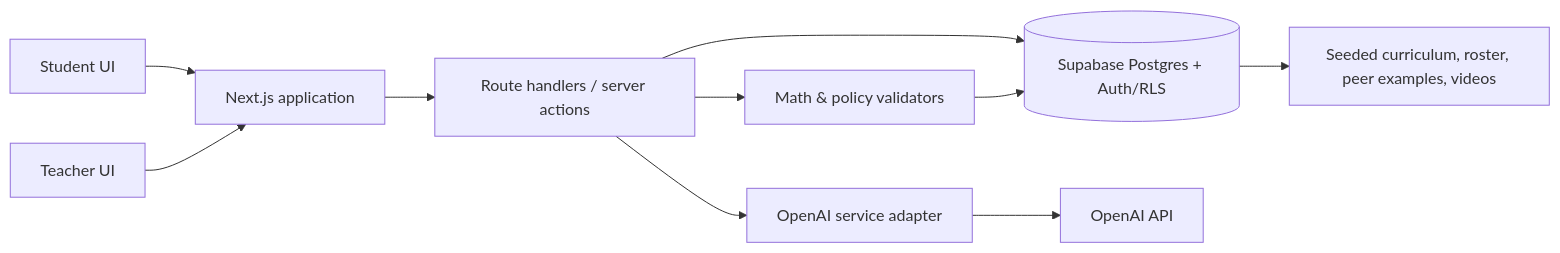
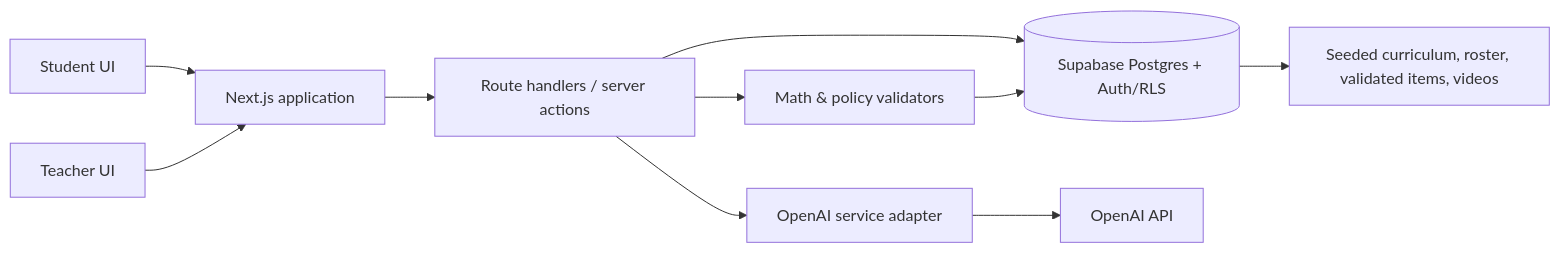
The first of 2 diagrams in architecture.md (Sravik-Sajja/rung), drawn with Mermaid before and after one commit. The commit also changed other lines of this file and 31 other files, not shown here.

````diff
--- a/architecture.md
+++ b/architecture.md
@@ -91,12 +91,12 @@
 ```mermaid
 flowchart LR
   S["Student UI"] --> N["Next.js application"]
   T["Teacher UI"] --> N
   N --> R["Route handlers / server actions"]
   R --> DB[("Supabase Postgres + Auth/RLS")]
   R --> M["OpenAI service adapter"]
   M --> O["OpenAI API"]
   R --> V["Math & policy validators"]
   V --> DB
-  DB --> C["Seeded curriculum, roster, peer examples, videos"]
+  DB --> C["Seeded curriculum, roster, validated items, videos"]
 ```
````
